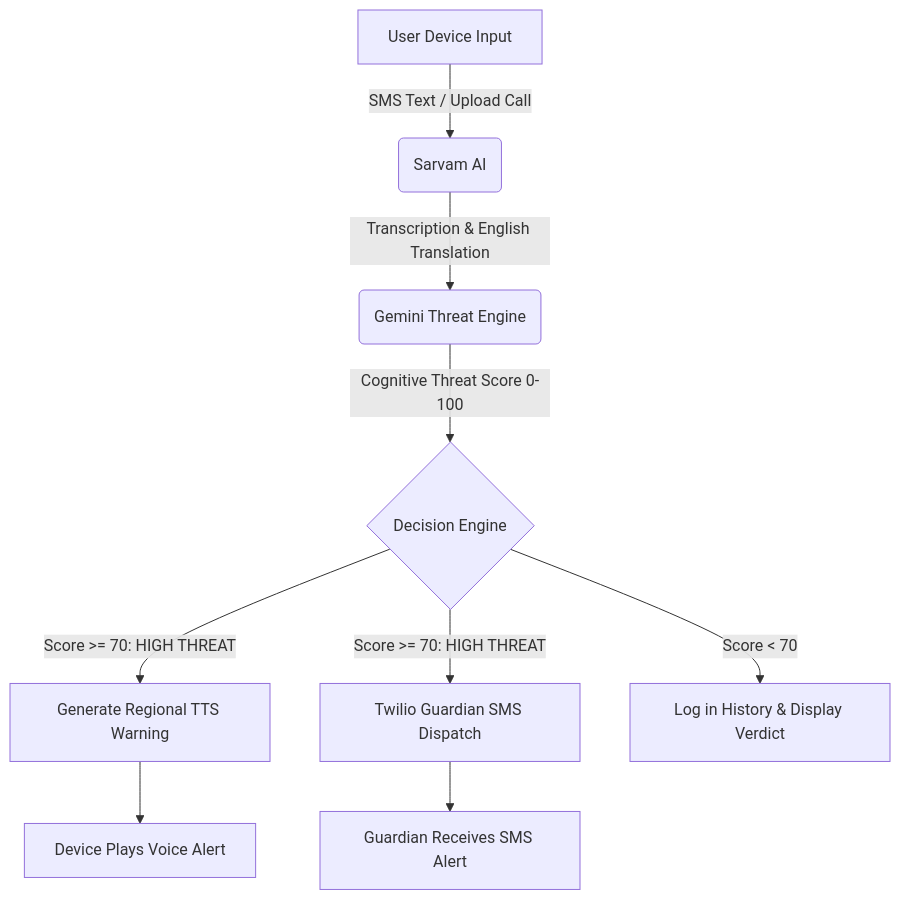
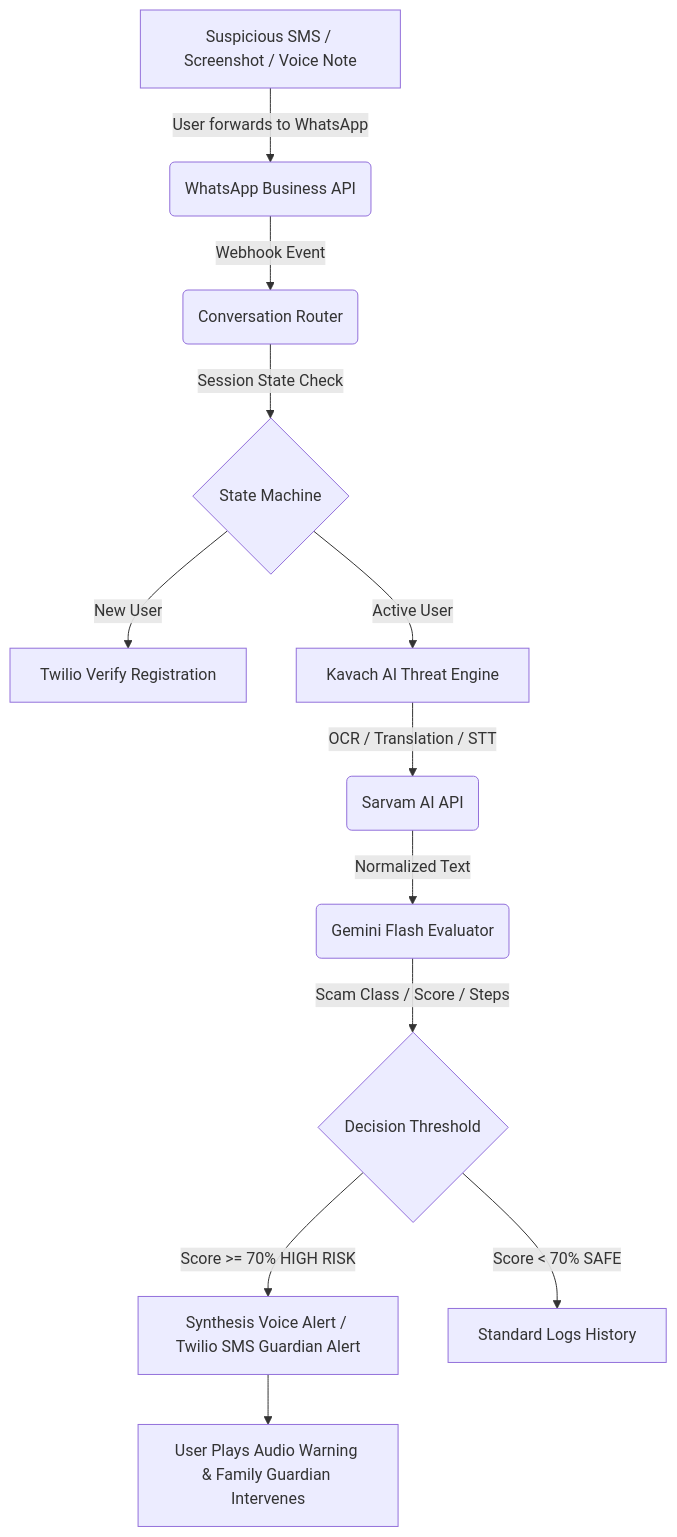
The diagram in README.md (Harshavardhan-SHub/kavachai-2.0), drawn with Mermaid before and after one commit. The commit also changed other lines of this file and 66 other files, not shown here.

````diff
--- a/README.md
+++ b/README.md
@@ -77,11 +54,17 @@
 ```mermaid
 graph TD
-    A[User Device Input] -->|SMS Text / Upload Call| B(Sarvam AI)
-    B -->|Transcription & English Translation| C(Gemini Threat Engine)
-    C -->|Cognitive Threat Score 0-100| D{Decision Engine}
-    D -->|Score >= 70: HIGH THREAT| E[Generate Regional TTS Warning]
-    D -->|Score >= 70: HIGH THREAT| F[Twilio Guardian SMS Dispatch]
-    D -->|Score < 70| G[Log in History & Display Verdict]
-    E --> H[Device Plays Voice Alert]
-    F --> I[Guardian Receives SMS Alert]
+    A[Suspicious SMS / Screenshot / Voice Note] -->|User forwards to WhatsApp| B(WhatsApp Business API)
+    B -->|Webhook Event| C(Conversation Router)
+    C -->|Session State Check| D{State Machine}
+    D -->|New User| E[Twilio Verify Registration]
+    D -->|Active User| F[Kavach AI Threat Engine]
+    
+    F -->|OCR / Translation / STT| G(Sarvam AI API)
+    G -->|Normalized Text| H(Gemini Flash Evaluator)
+    H -->|Scam Class / Score / Steps| I{Decision Threshold}
+    
+    I -->|Score >= 70% HIGH RISK| J[Synthesis Voice Alert / Twilio SMS Guardian Alert]
+    I -->|Score < 70% SAFE| K[Standard Logs History]
+    
+    J --> L[User Plays Audio Warning & Family Guardian Intervenes]
 ```
````
